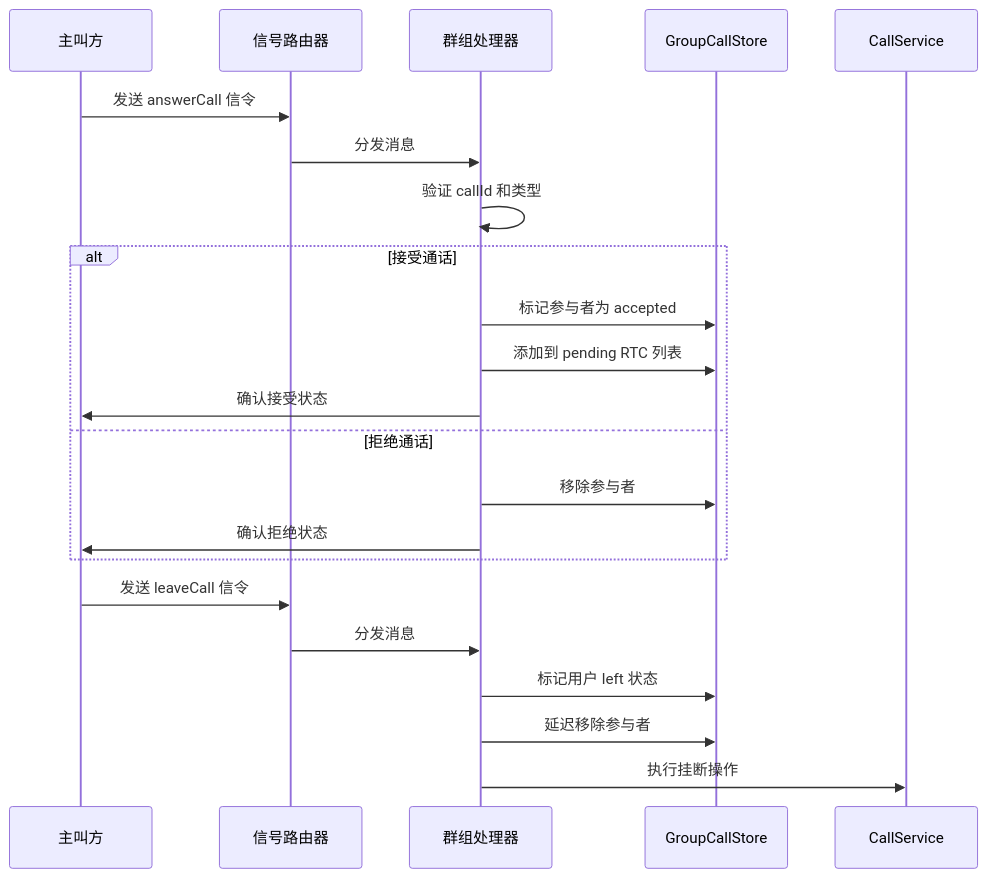
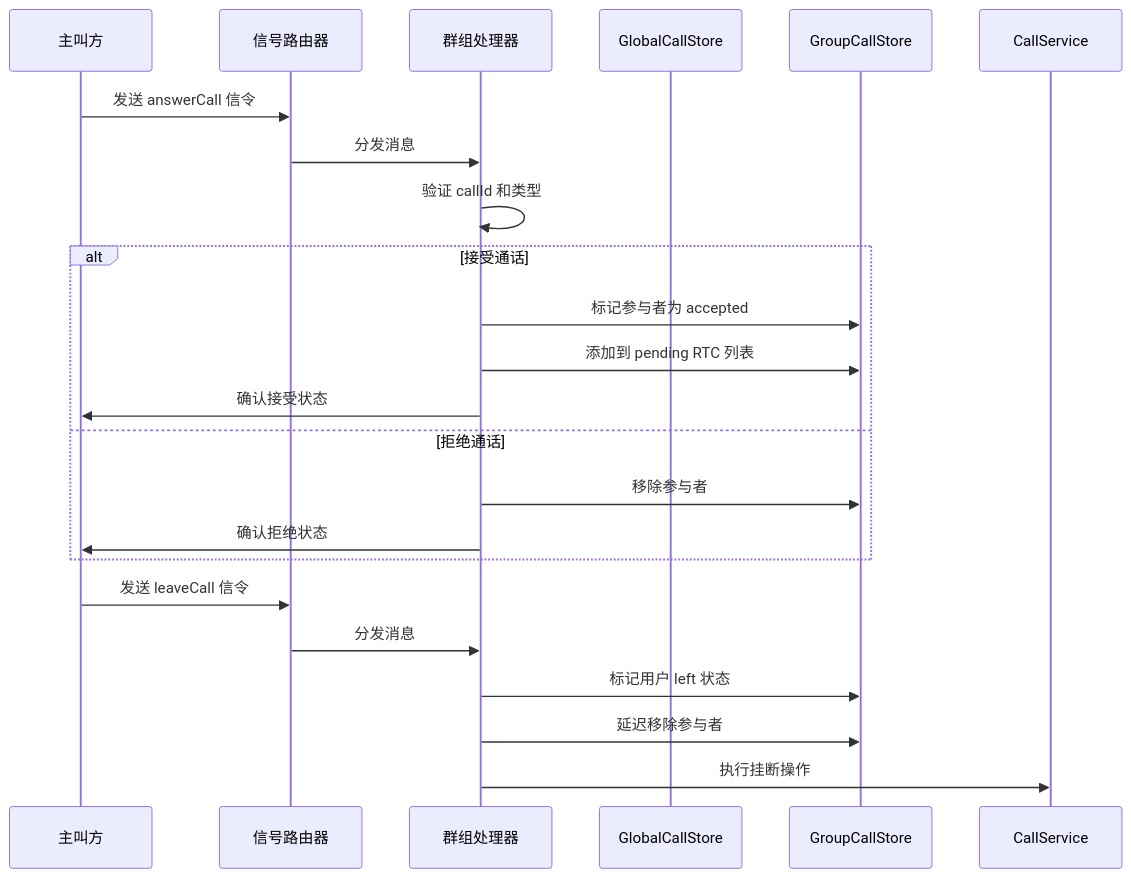
One commit to Easemob-Community/easemob-uikit-callkit-vue3 changed the third of 14 diagrams in .qoder/repowiki/zh/content/高级功能/群组通话信号处理器.md. Above: the diagram before and after it, drawn with Mermaid. The commit also changed other lines of this file and 15 other files, not shown here.

````diff
--- a/.qoder/repowiki/zh/content/高级功能/群组通话信号处理器.md
+++ b/.qoder/repowiki/zh/content/高级功能/群组通话信号处理器.md
@@ -136,24 +158,25 @@
 ```mermaid
 sequenceDiagram
 participant Caller as 主叫方
 participant Router as 信号路由器
 participant Handler as 群组处理器
-participant Store as GroupCallStore
+participant GlobalStore as GlobalCallStore
+participant GroupStore as GroupCallStore
 participant Service as CallService
 Caller->>Router : 发送 answerCall 信令
 Router->>Handler : 分发消息
 Handler->>Handler : 验证 callId 和类型
 alt 接受通话
-Handler->>Store : 标记参与者为 accepted
-Handler->>Store : 添加到 pending RTC 列表
+Handler->>GroupStore : 标记参与者为 accepted
+Handler->>GroupStore : 添加到 pending RTC 列表
 Handler->>Caller : 确认接受状态
 else 拒绝通话
-Handler->>Store : 移除参与者
+Handler->>GroupStore : 移除参与者
 Handler->>Caller : 确认拒绝状态
 end
 Caller->>Router : 发送 leaveCall 信令
 Router->>Handler : 分发消息
-Handler->>Store : 标记用户 left 状态
-Handler->>Store : 延迟移除参与者
+Handler->>GroupStore : 标记用户 left 状态
+Handler->>GroupStore : 延迟移除参与者
 Handler->>Service : 执行挂断操作
 ```
````
